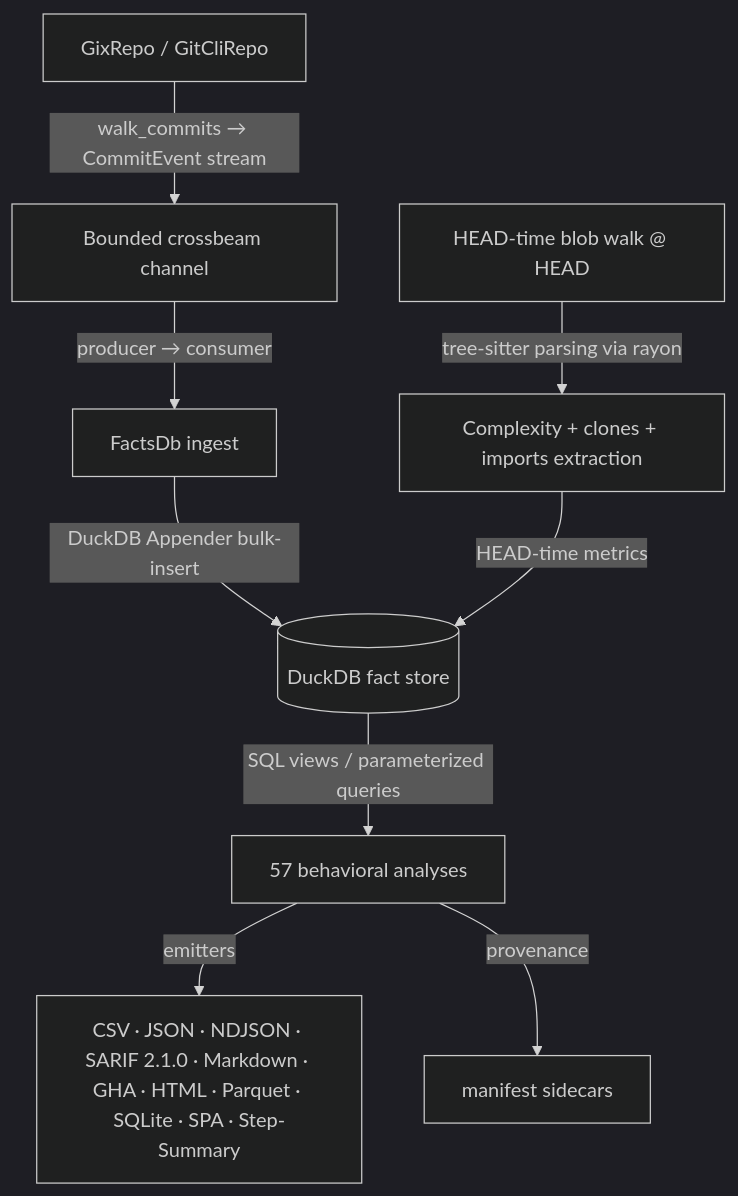
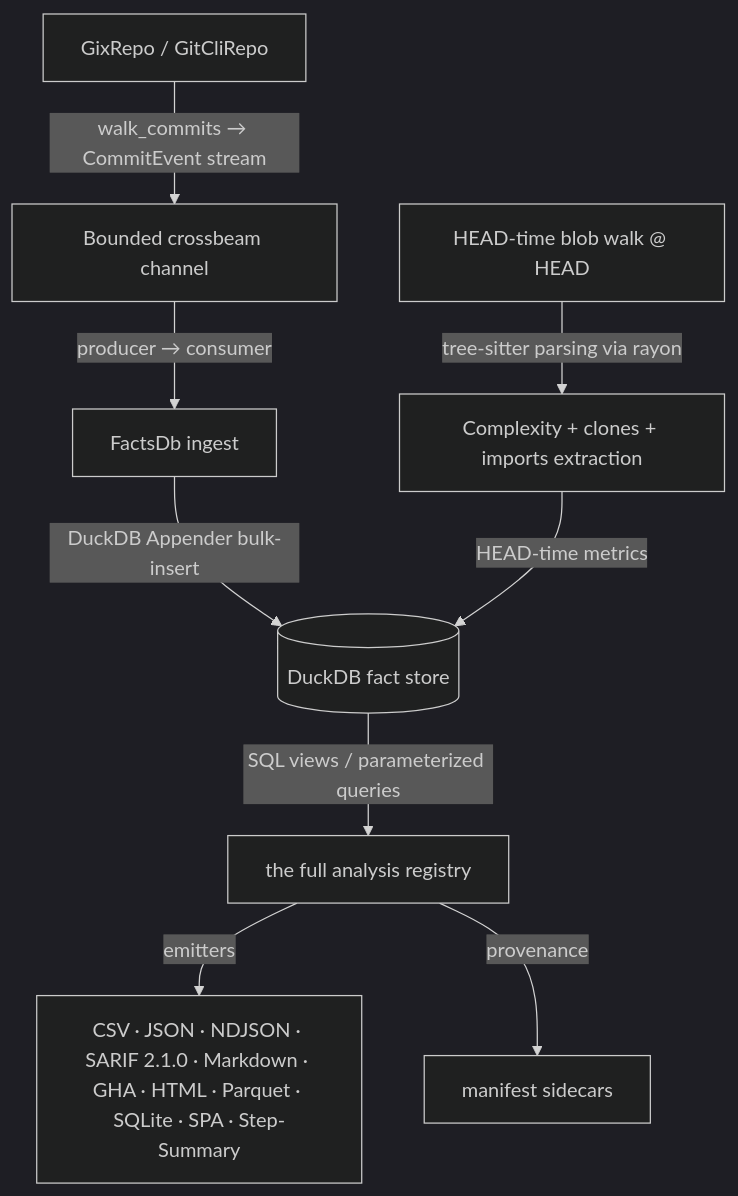
Before and after one commit to emrecdr/codelore: the diagram in docs/codebase_analysis.md, drawn with Mermaid (dark theme). The commit also changed other lines of this file and 8 other files, not shown here.

````diff
--- a/docs/codebase_analysis.md
+++ b/docs/codebase_analysis.md
@@ -29,11 +33,11 @@
 ```mermaid
 graph TD
     A[GixRepo / GitCliRepo] -->|walk_commits → CommitEvent stream| B[Bounded crossbeam channel]
     B -->|producer → consumer| C[FactsDb ingest]
     C -->|DuckDB Appender bulk-insert| D[(DuckDB fact store)]
     E[HEAD-time blob walk @ HEAD] -->|tree-sitter parsing via rayon| F[Complexity + clones + imports extraction]
     F -->|HEAD-time metrics| D
-    D -->|SQL views / parameterized queries| G[57 behavioral analyses]
+    D -->|SQL views / parameterized queries| G[the full analysis registry]
     G -->|emitters| H[CSV · JSON · NDJSON · SARIF 2.1.0 · Markdown · GHA · HTML · Parquet · SQLite · SPA · Step-Summary]
     G -->|provenance| I[manifest sidecars]
 ```
````
